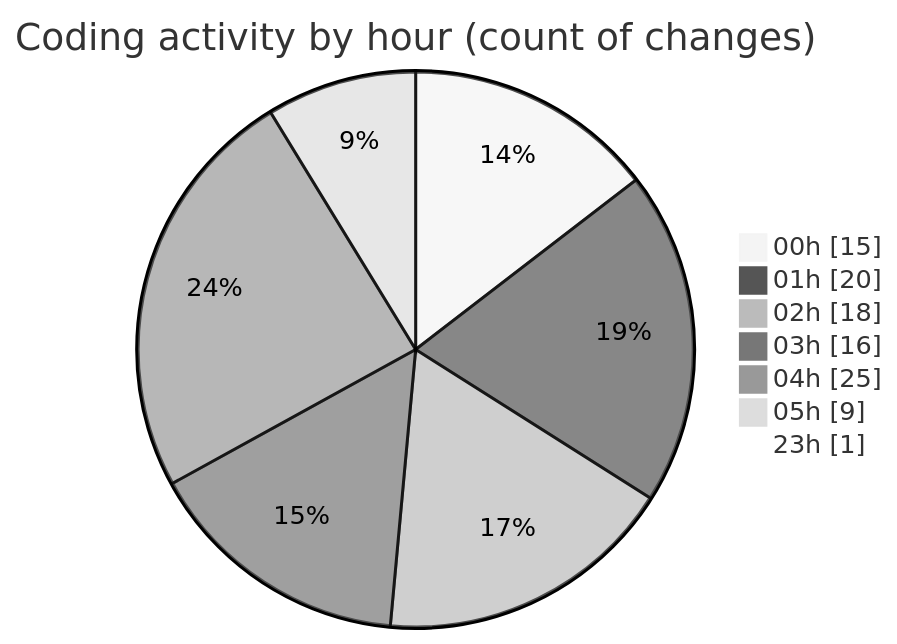
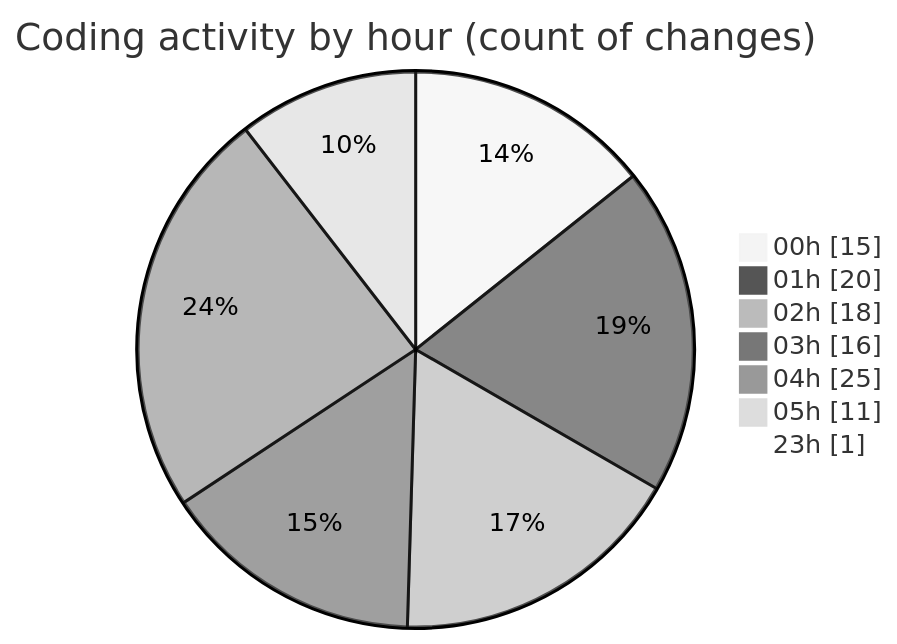
The second of 2 diagrams in 2025-08-04/studybuddy/README.md (lephambinh05/code-tracking), drawn with Mermaid (neutral theme) before and after one commit. The commit also changed other lines of this file and 1 other file, not shown here.

````diff
--- a/2025-08-04/studybuddy/README.md
+++ b/2025-08-04/studybuddy/README.md
@@ -56,11 +56,11 @@
 ```mermaid
 pie showData
 title Coding activity by hour (count of changes)
 "00h" : 15
 "01h" : 20
 "02h" : 18
 "03h" : 16
 "04h" : 25
-"05h" : 9
+"05h" : 11
 "23h" : 1
 ```
````
